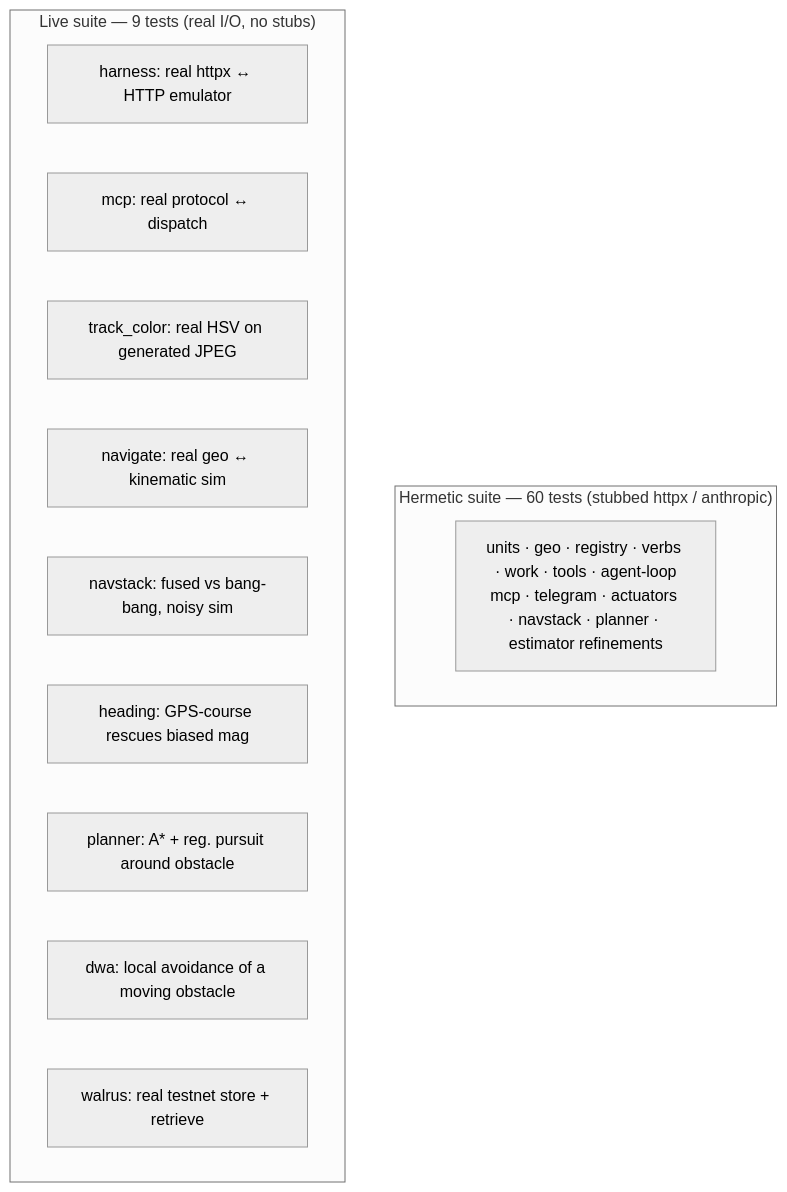
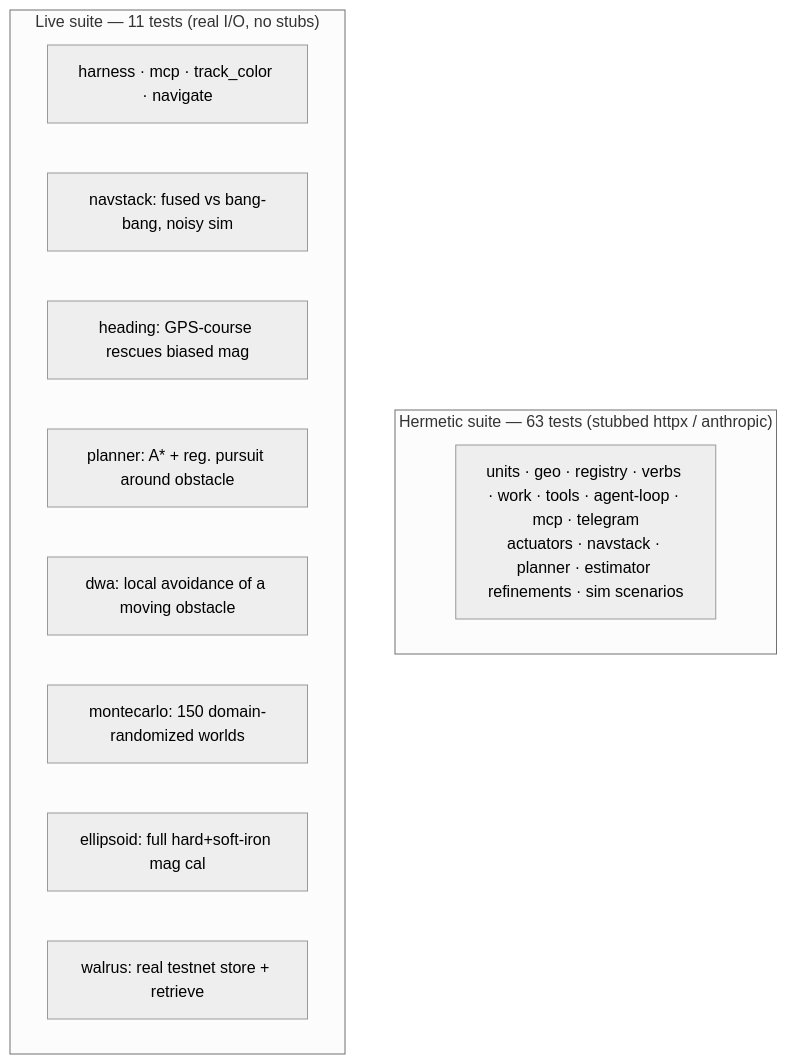
Diagram 17 of 17 in docs/ARCHITECTURE.md (0xSoftBoi/mini-plus-agent-kit), drawn with Mermaid (neutral theme) before and after one commit. The commit also changed other lines of this file and 8 other files, not shown here.

First line of the commit message:
feat(sim): unified simulator + domain-randomized Monte-Carlo over the real nav stack

````diff
--- a/docs/ARCHITECTURE.md
+++ b/docs/ARCHITECTURE.md
@@ -622,17 +672,16 @@
 ```mermaid
 flowchart TB
-  subgraph H["Hermetic suite &mdash; 60 tests (stubbed httpx / anthropic)"]
-    HU["units · geo · registry · verbs · work · tools · agent-loop<br/>mcp · telegram · actuators · navstack · planner · estimator refinements"]
+  subgraph H["Hermetic suite &mdash; 63 tests (stubbed httpx / anthropic)"]
+    HU["units · geo · registry · verbs · work · tools · agent-loop · mcp · telegram<br/>actuators · navstack · planner · estimator refinements · sim scenarios"]
   end
-  subgraph L["Live suite &mdash; 9 tests (real I/O, no stubs)"]
-    L1["harness: real httpx &harr; HTTP emulator"]
-    L2["mcp: real protocol &harr; dispatch"]
-    L3["track_color: real HSV on generated JPEG"]
-    L4["navigate: real geo &harr; kinematic sim"]
+  subgraph L["Live suite &mdash; 11 tests (real I/O, no stubs)"]
+    L1["harness · mcp · track_color · navigate"]
     L5["navstack: fused vs bang-bang, noisy sim"]
     L6["heading: GPS-course rescues biased mag"]
     L7["planner: A* + reg. pursuit around obstacle"]
     L8["dwa: local avoidance of a moving obstacle"]
-    L9["walrus: real testnet store + retrieve"]
+    L9["montecarlo: 150 domain-randomized worlds"]
+    L10["ellipsoid: full hard+soft-iron mag cal"]
+    L11["walrus: real testnet store + retrieve"]
   end
 ```
````
